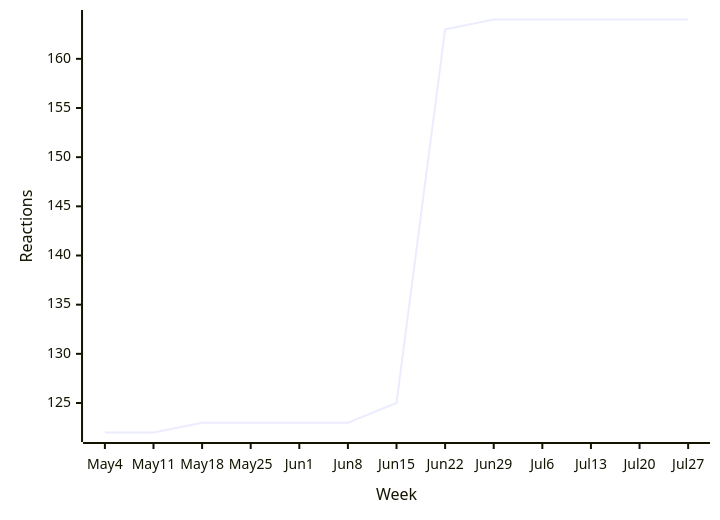
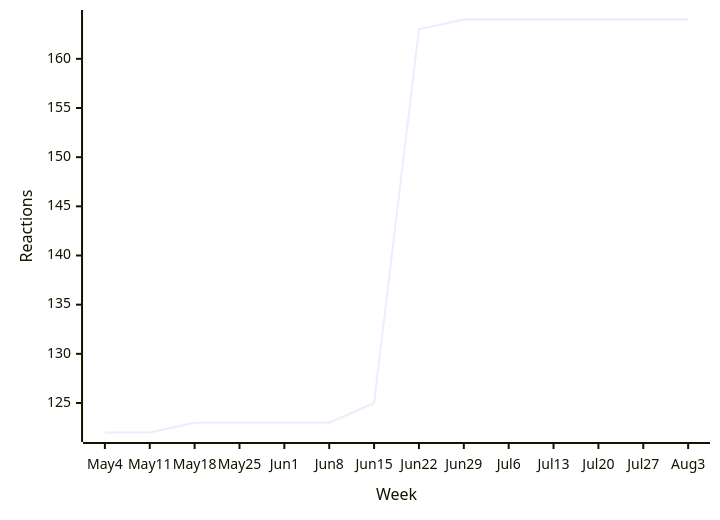
The second of 44 diagrams in README.md (loic-sharma/github-insights), drawn with Mermaid before and after one commit. The commit also changed other lines of this file and 3 other files, not shown here.

````diff
--- a/README.md
+++ b/README.md
@@ -356,6 +356,6 @@
   ```mermaid
   xychart-beta
-    x-axis "Week" [May 4, May 11, May 18, May 25, Jun 1, Jun 8, Jun 15, Jun 22, Jun 29, Jul 6, Jul 13, Jul 20, Jul 27]
+    x-axis "Week" [May 4, May 11, May 18, May 25, Jun 1, Jun 8, Jun 15, Jun 22, Jun 29, Jul 6, Jul 13, Jul 20, Jul 27, Aug 3]
     y-axis "Reactions"
-    line [122, 122, 123, 123, 123, 123, 125, 163, 164, 164, 164, 164, 164]
+    line [122, 122, 123, 123, 123, 123, 125, 163, 164, 164, 164, 164, 164, 164]
   ```
````
